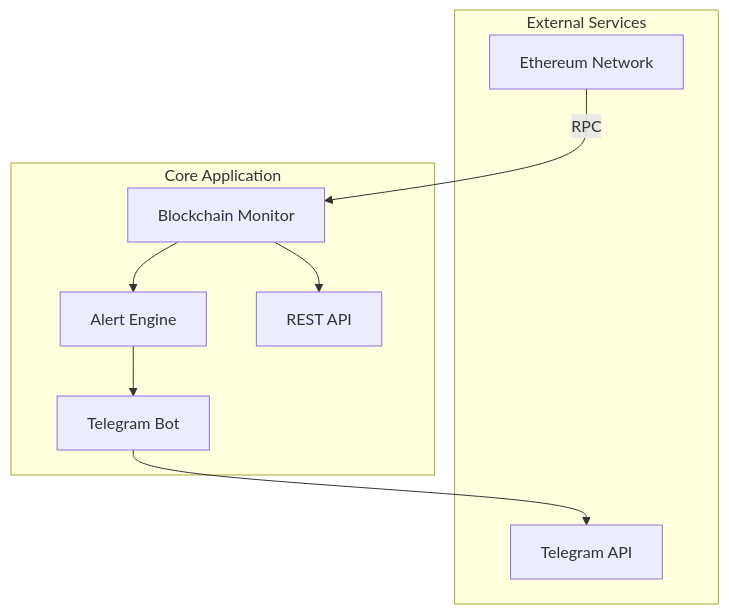
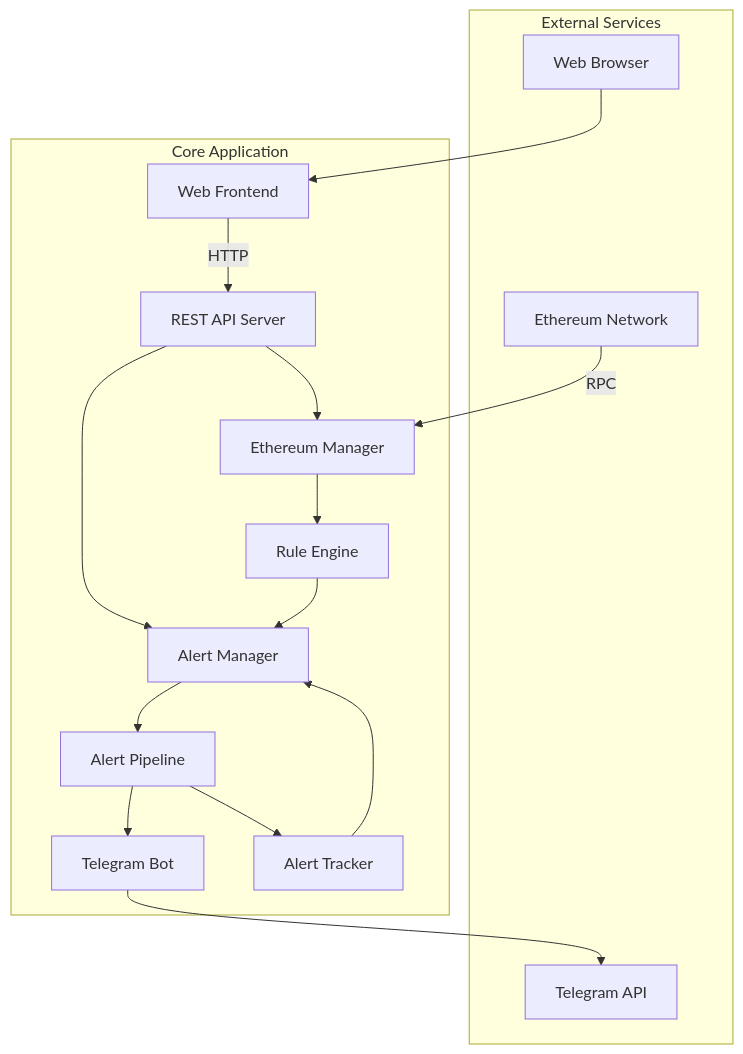
One commit to samxie52/simplied-evm-monitoring-go changed the diagram in README.md. Above: the diagram before and after it, drawn with Mermaid. The commit also changed other lines of this file, not shown here.

````diff
--- a/README.md
+++ b/README.md
@@ -30,21 +39,34 @@
 ```mermaid
 graph TB
     subgraph "External Services"
         ETH[Ethereum Network]
         TG[Telegram API]
+        USER[Web Browser]
     end
     
     subgraph "Core Application"
-        MONITOR[Blockchain Monitor]
-        ALERT[Alert Engine]
-        API[REST API]
-        TELEGRAM[Telegram Bot]
+        WEB[Web Frontend]
+        API[REST API Server]
+        MANAGER[Alert Manager]
+        ENGINE[Rule Engine]
+        PIPELINE[Alert Pipeline]
+        MONITOR[Ethereum Manager]
+        BOT[Telegram Bot]
+        TRACKER[Alert Tracker]
     end
     
     ETH -->|RPC| MONITOR
-    MONITOR --> ALERT
-    ALERT --> TELEGRAM
-    TELEGRAM --> TG
+    MONITOR --> ENGINE
+    ENGINE --> MANAGER
+    MANAGER --> PIPELINE
+    PIPELINE --> BOT
+    BOT --> TG
     
-    MONITOR --> API
+    API --> MANAGER
+    API --> MONITOR
+    USER --> WEB
+    WEB -->|HTTP| API
+    
+    PIPELINE --> TRACKER
+    TRACKER --> MANAGER
 ```
````
